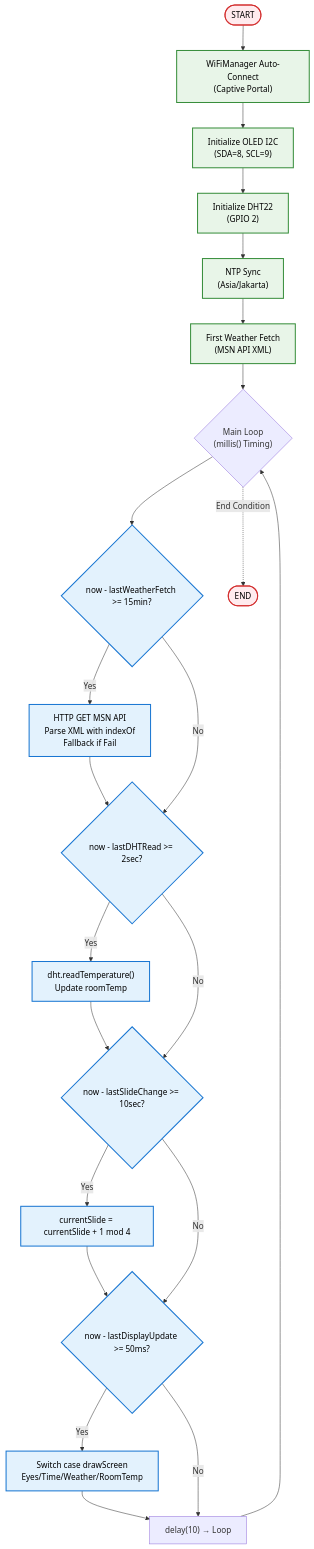
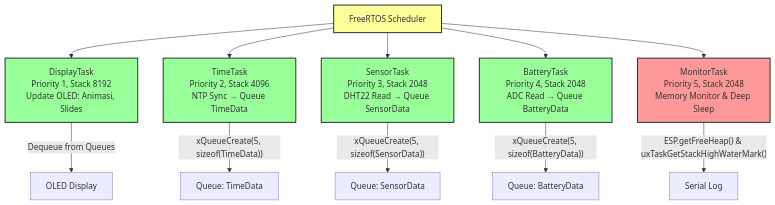
Before and after one commit to ficrammanifur/tugass: the second of 3 diagrams in README.md, drawn with Mermaid. The commit also changed other lines of this file, not shown here.

````diff
--- a/README.md
+++ b/README.md
@@ -204,47 +121,19 @@
 ```mermaid
-flowchart TD
-    START([START])
-    INIT_WIFI["WiFiManager Auto-Connect<br/>(Captive Portal)"]
-    INIT_OLED["Initialize OLED I2C<br/>(SDA=8, SCL=9)"]
-    INIT_DHT["Initialize DHT22<br/>(GPIO 2)"]
-    INIT_TIME["NTP Sync<br/>(Asia/Jakarta)"]
-    FIRST_FETCH["First Weather Fetch<br/>(MSN API XML)"]
-    LOOP{"Main Loop<br/>(millis() Timing)"}
-    WEATHER_CHECK{"now - lastWeatherFetch >= 15min?"}
-    WEATHER_FETCH["HTTP GET MSN API<br/>Parse XML with indexOf<br/>Fallback if Fail"]
-    DHT_CHECK{"now - lastDHTRead >= 2sec?"}
-    DHT_READ["dht.readTemperature()<br/>Update roomTemp"]
-    SLIDE_CHECK{"now - lastSlideChange >= 10sec?"}
-    SLIDE_CHANGE["currentSlide = currentSlide + 1 mod 4"]
-    DISPLAY_CHECK{"now - lastDisplayUpdate >= 50ms?"}
-    DISPLAY_UPDATE["Switch case drawScreen<br/>Eyes/Time/Weather/RoomTemp"]
-    LOOP_BACK["delay(10) → Loop"]
-    END([END])
-    START --> INIT_WIFI
-    INIT_WIFI --> INIT_OLED
-    INIT_OLED --> INIT_DHT
-    INIT_DHT --> INIT_TIME
-    INIT_TIME --> FIRST_FETCH
-    FIRST_FETCH --> LOOP
-    LOOP --> WEATHER_CHECK
-    WEATHER_CHECK -->|Yes| WEATHER_FETCH
-    WEATHER_FETCH --> DHT_CHECK
-    WEATHER_CHECK -->|No| DHT_CHECK
-    DHT_CHECK -->|Yes| DHT_READ
-    DHT_READ --> SLIDE_CHECK
-    DHT_CHECK -->|No| SLIDE_CHECK
-    SLIDE_CHECK -->|Yes| SLIDE_CHANGE
-    SLIDE_CHANGE --> DISPLAY_CHECK
-    SLIDE_CHECK -->|No| DISPLAY_CHECK
-    DISPLAY_CHECK -->|Yes| DISPLAY_UPDATE
-    DISPLAY_UPDATE --> LOOP_BACK
-    DISPLAY_CHECK -->|No| LOOP_BACK
-    LOOP_BACK --> LOOP
-    LOOP -.->|End Condition| END
-    classDef startEnd fill:#ffebee,stroke:#d32f2f,stroke-width:2px,color:#000
-    classDef init fill:#e8f5e8,stroke:#388e3c,stroke-width:2px,color:#000
-    classDef loop fill:#e3f2fd,stroke:#1976d2,stroke-width:2px,color:#000
-    class START,END startEnd
-    class INIT_WIFI,INIT_OLED,INIT_DHT,INIT_TIME,FIRST_FETCH init
-    class WEATHER_CHECK,DHT_CHECK,SLIDE_CHECK,DISPLAY_CHECK,WEATHER_FETCH,DHT_READ,SLIDE_CHANGE,DISPLAY_UPDATE loop
+graph TB
+    A[FreeRTOS Scheduler] --> B[DisplayTask<br/>Priority 1, Stack 8192<br/>Update OLED: Animasi, Slides]
+    A --> C[TimeTask<br/>Priority 2, Stack 4096<br/>NTP Sync → Queue TimeData]
+    A --> D[SensorTask<br/>Priority 3, Stack 2048<br/>DHT22 Read → Queue SensorData]
+    A --> E[BatteryTask<br/>Priority 4, Stack 2048<br/>ADC Read → Queue BatteryData]
+    A --> F[MonitorTask<br/>Priority 5, Stack 2048<br/>Memory Monitor & Deep Sleep]
+    B -->|Dequeue from Queues| G[OLED Display]
+    C -->|"xQueueCreate(5, sizeof(TimeData))"| H[Queue: TimeData]
+    D -->|"xQueueCreate(5, sizeof(SensorData))"| I[Queue: SensorData]
+    E -->|"xQueueCreate(5, sizeof(BatteryData))"| J[Queue: BatteryData]
+    F -->|"ESP.getFreeHeap() & uxTaskGetStackHighWaterMark()"| K[Serial Log]
+    style A fill:#ff9,stroke:#333,stroke-width:2px
+    style B fill:#9f9,stroke:#333,stroke-width:2px
+    style C fill:#9f9,stroke:#333,stroke-width:2px
+    style D fill:#9f9,stroke:#333,stroke-width:2px
+    style E fill:#9f9,stroke:#333,stroke-width:2px
+    style F fill:#f99,stroke:#333,stroke-width:2px
 ```
````
